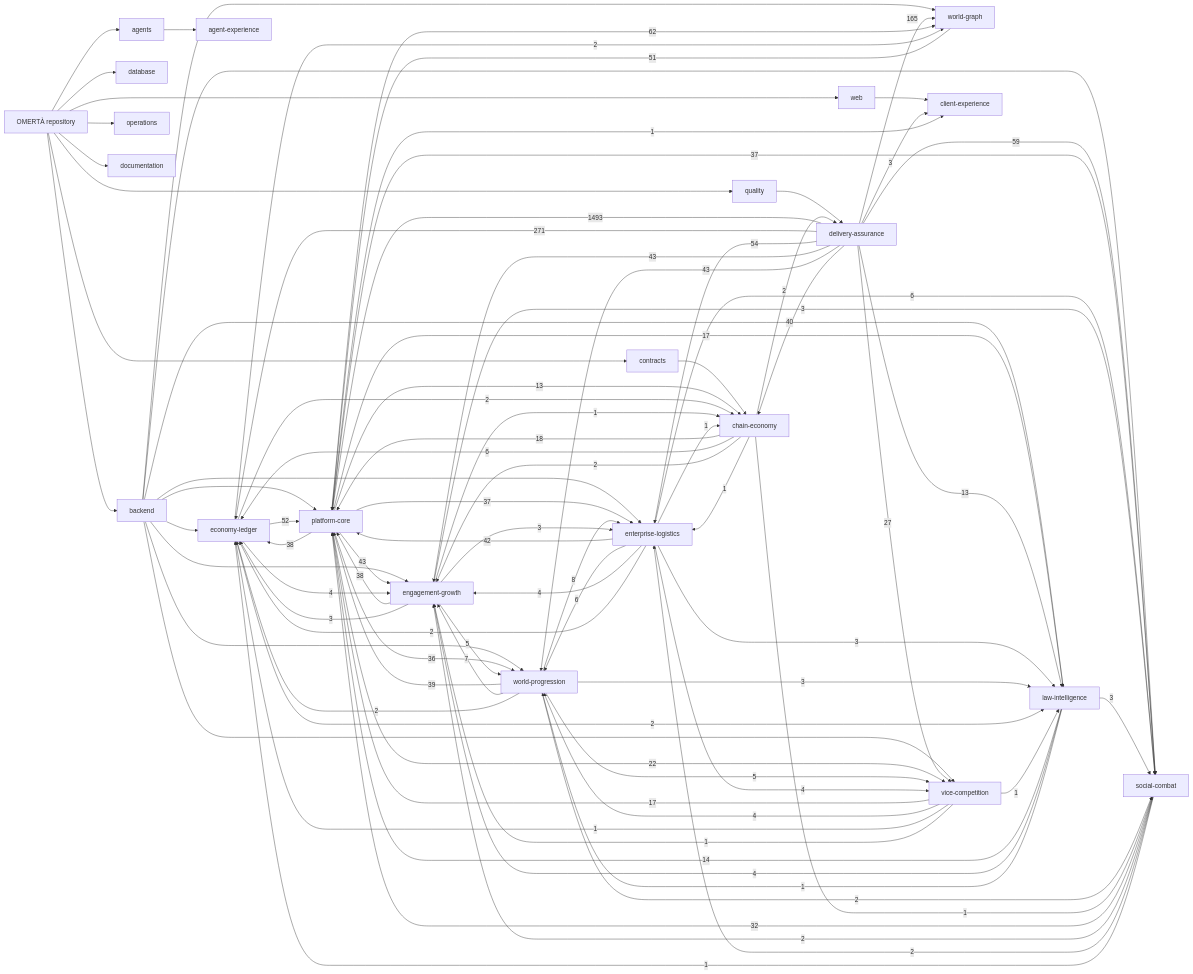
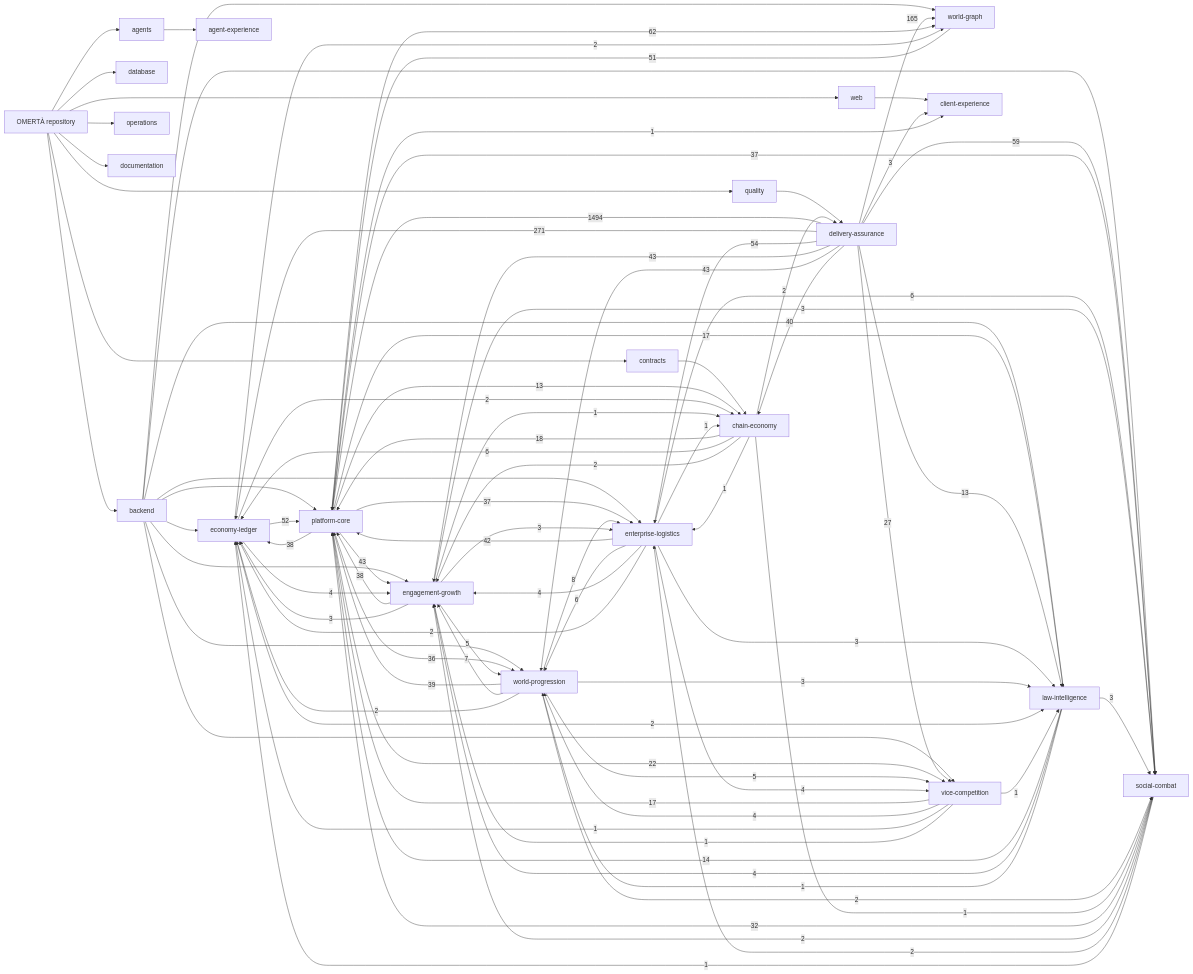
One commit to OmertaDev/Omerta changed the diagram in knowledge/generated/graph.mmd. Above: the diagram before and after it, drawn with Mermaid. The commit also changed 6 other files, not shown here.

```diff
--- a/knowledge/generated/graph.mmd
+++ b/knowledge/generated/graph.mmd
@@ -1,111 +1,111 @@
 flowchart LR
   repo["OMERTÀ repository"]
   sub_backend["backend"]
   repo --> sub_backend
   sub_database["database"]
   repo --> sub_database
   sub_web["web"]
   repo --> sub_web
   sub_contracts["contracts"]
   repo --> sub_contracts
   sub_agents["agents"]
   repo --> sub_agents
   sub_quality["quality"]
   repo --> sub_quality
   sub_operations["operations"]
   repo --> sub_operations
   sub_documentation["documentation"]
   repo --> sub_documentation
   dom_platform-core["platform-core"]
   dom_economy-ledger["economy-ledger"]
   dom_social-combat["social-combat"]
   dom_world-progression["world-progression"]
   dom_world-graph["world-graph"]
   dom_enterprise-logistics["enterprise-logistics"]
   dom_vice-competition["vice-competition"]
   dom_law-intelligence["law-intelligence"]
   dom_chain-economy["chain-economy"]
   dom_engagement-growth["engagement-growth"]
   dom_client-experience["client-experience"]
   dom_agent-experience["agent-experience"]
   dom_delivery-assurance["delivery-assurance"]
   sub_agents --> dom_agent-experience
   sub_backend --> dom_economy-ledger
   sub_backend --> dom_engagement-growth
   sub_backend --> dom_enterprise-logistics
   sub_backend --> dom_law-intelligence
   sub_backend --> dom_platform-core
   sub_backend --> dom_social-combat
   sub_backend --> dom_vice-competition
   sub_backend --> dom_world-graph
   sub_backend --> dom_world-progression
   sub_contracts --> dom_chain-economy
   sub_quality --> dom_delivery-assurance
   sub_web --> dom_client-experience
-  dom_delivery-assurance -->|1493| dom_platform-core
+  dom_delivery-assurance -->|1494| dom_platform-core
   dom_delivery-assurance -->|271| dom_economy-ledger
   dom_delivery-assurance -->|165| dom_world-graph
   dom_platform-core -->|62| dom_world-graph
   dom_delivery-assurance -->|59| dom_social-combat
   dom_delivery-assurance -->|54| dom_enterprise-logistics
   dom_economy-ledger -->|52| dom_platform-core
   dom_world-graph -->|51| dom_platform-core
   dom_delivery-assurance -->|43| dom_engagement-growth
   dom_delivery-assurance -->|43| dom_world-progression
   dom_platform-core -->|43| dom_engagement-growth
   dom_enterprise-logistics -->|42| dom_platform-core
   dom_delivery-assurance -->|40| dom_chain-economy
   dom_world-progression -->|39| dom_platform-core
   dom_engagement-growth -->|38| dom_platform-core
   dom_platform-core -->|38| dom_economy-ledger
   dom_platform-core -->|37| dom_enterprise-logistics
   dom_platform-core -->|37| dom_social-combat
   dom_platform-core -->|36| dom_world-progression
   dom_social-combat -->|32| dom_platform-core
   dom_delivery-assurance -->|27| dom_vice-competition
   dom_platform-core -->|22| dom_vice-competition
   dom_chain-economy -->|18| dom_platform-core
   dom_platform-core -->|17| dom_law-intelligence
   dom_vice-competition -->|17| dom_platform-core
   dom_law-intelligence -->|14| dom_platform-core
   dom_delivery-assurance -->|13| dom_law-intelligence
   dom_platform-core -->|13| dom_chain-economy
   dom_world-progression -->|8| dom_enterprise-logistics
   dom_world-progression -->|7| dom_engagement-growth
   dom_chain-economy -->|6| dom_economy-ledger
   dom_enterprise-logistics -->|6| dom_social-combat
   dom_enterprise-logistics -->|6| dom_world-progression
   dom_engagement-growth -->|5| dom_world-progression
   dom_world-progression -->|5| dom_vice-competition
   dom_economy-ledger -->|4| dom_engagement-growth
   dom_enterprise-logistics -->|4| dom_engagement-growth
   dom_enterprise-logistics -->|4| dom_vice-competition
   dom_law-intelligence -->|4| dom_engagement-growth
   dom_vice-competition -->|4| dom_world-progression
   dom_delivery-assurance -->|3| dom_client-experience
   dom_engagement-growth -->|3| dom_economy-ledger
   dom_engagement-growth -->|3| dom_enterprise-logistics
   dom_engagement-growth -->|3| dom_social-combat
   dom_enterprise-logistics -->|3| dom_law-intelligence
   dom_law-intelligence -->|3| dom_social-combat
   dom_world-progression -->|3| dom_law-intelligence
   dom_chain-economy -->|2| dom_delivery-assurance
   dom_chain-economy -->|2| dom_engagement-growth
   dom_economy-ledger -->|2| dom_chain-economy
   dom_economy-ledger -->|2| dom_law-intelligence
   dom_economy-ledger -->|2| dom_world-graph
   dom_enterprise-logistics -->|2| dom_economy-ledger
   dom_social-combat -->|2| dom_engagement-growth
   dom_social-combat -->|2| dom_enterprise-logistics
   dom_world-progression -->|2| dom_economy-ledger
   dom_world-progression -->|2| dom_social-combat
   dom_chain-economy -->|1| dom_enterprise-logistics
   dom_chain-economy -->|1| dom_social-combat
   dom_engagement-growth -->|1| dom_chain-economy
   dom_enterprise-logistics -->|1| dom_chain-economy
   dom_law-intelligence -->|1| dom_world-progression
   dom_platform-core -->|1| dom_client-experience
   dom_social-combat -->|1| dom_economy-ledger
   dom_vice-competition -->|1| dom_economy-ledger
   dom_vice-competition -->|1| dom_engagement-growth
   dom_vice-competition -->|1| dom_law-intelligence
```
